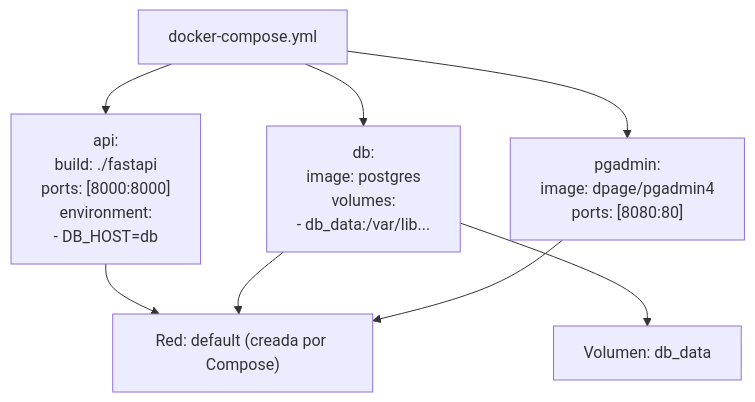
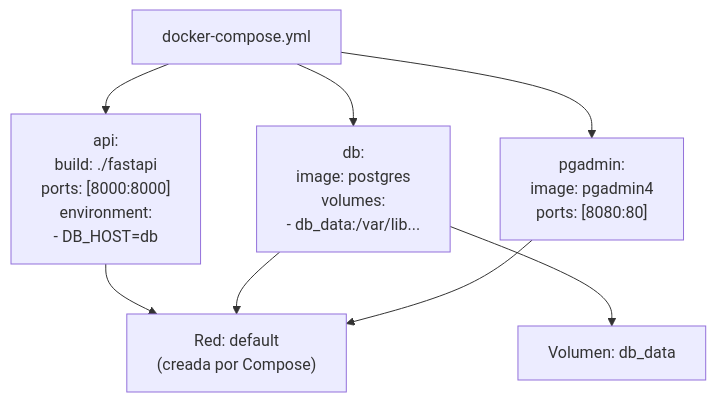
Before and after one commit to map0logo/curso-docker-k8s: diagram 26 of 26 in slides/04-docker-compose.qmd, drawn with Mermaid. The commit also changed other lines of this file, not shown here.

````diff
--- a/slides/04-docker-compose.qmd
+++ b/slides/04-docker-compose.qmd
@@ -906,10 +929,21 @@
 ```{mermaid}
 graph TD
-  ComposeFile["docker-compose.yml"] --> ServicioAPI["api:\n  build: ./fastapi\n  ports: [8000:8000]\n  environment:\n    - DB_HOST=db"]
-  ComposeFile --> ServicioDB["db:\n  image: postgres\n  volumes:\n    - db_data:/var/lib..."]
-  ComposeFile --> ServicioPGAdmin["pgadmin:\n  image: dpage/pgadmin4\n  ports: [8080:80]"]
-  ServicioAPI --> Red["Red: default (creada por Compose)"]
+  ComposeFile["docker-compose.yml"] --> ServicioAPI["
+  api:
+    build: ./fastapi
+      ports: [8000:8000]
+    environment:
+        - DB_HOST=db"]
+  ComposeFile --> ServicioDB["db:
+    image: postgres
+    volumes:
+        - db_data:/var/lib..."]
+  ComposeFile --> ServicioPGAdmin["pgadmin:
+    image: pgadmin4
+      ports: [8080:80]"]
+  ServicioAPI --> Red["Red: default
+  (creada por Compose)"]
   ServicioDB --> Red
   ServicioPGAdmin --> Red
   ServicioDB --> Volumen["Volumen: db_data"]
 ```
````
